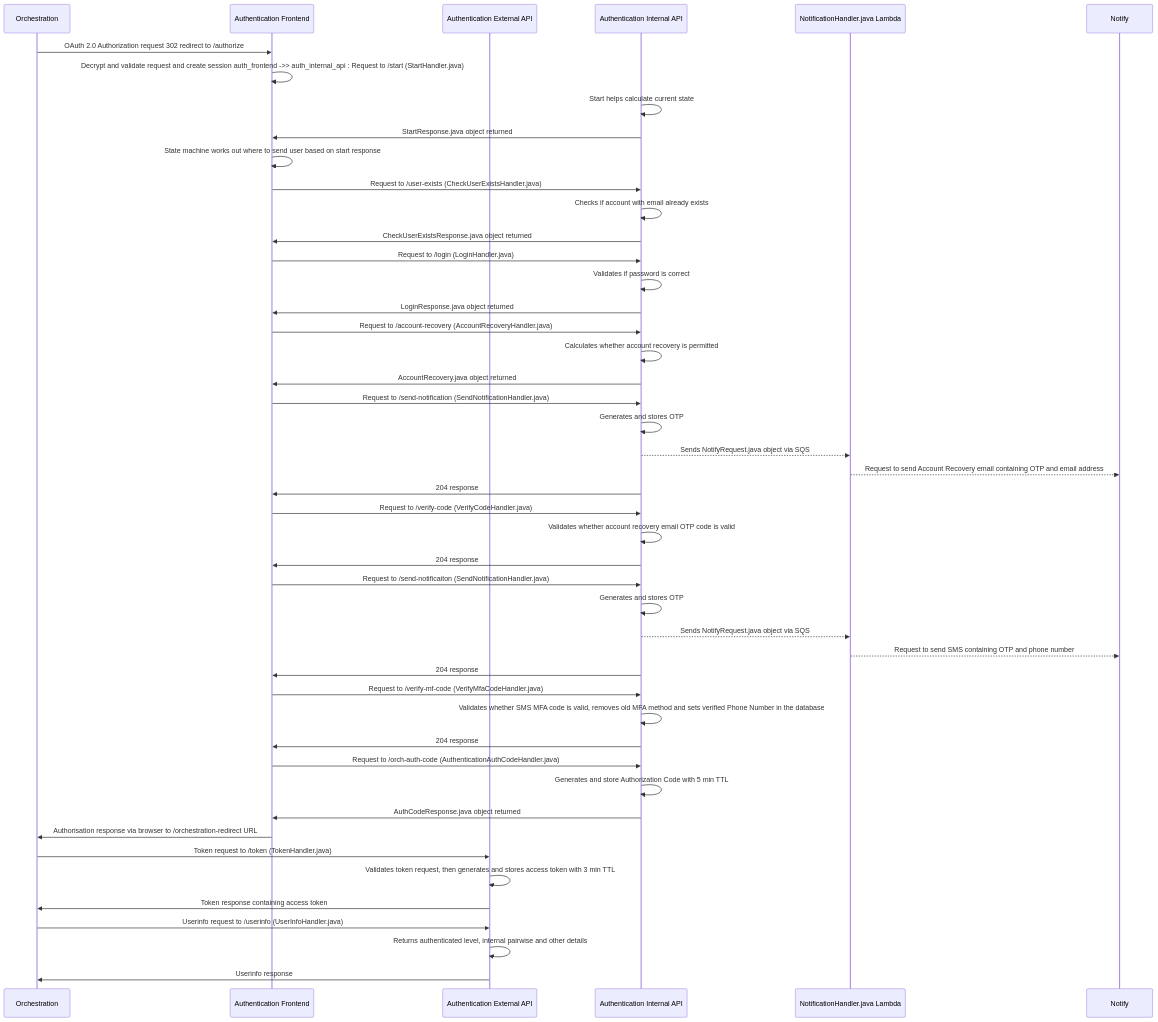
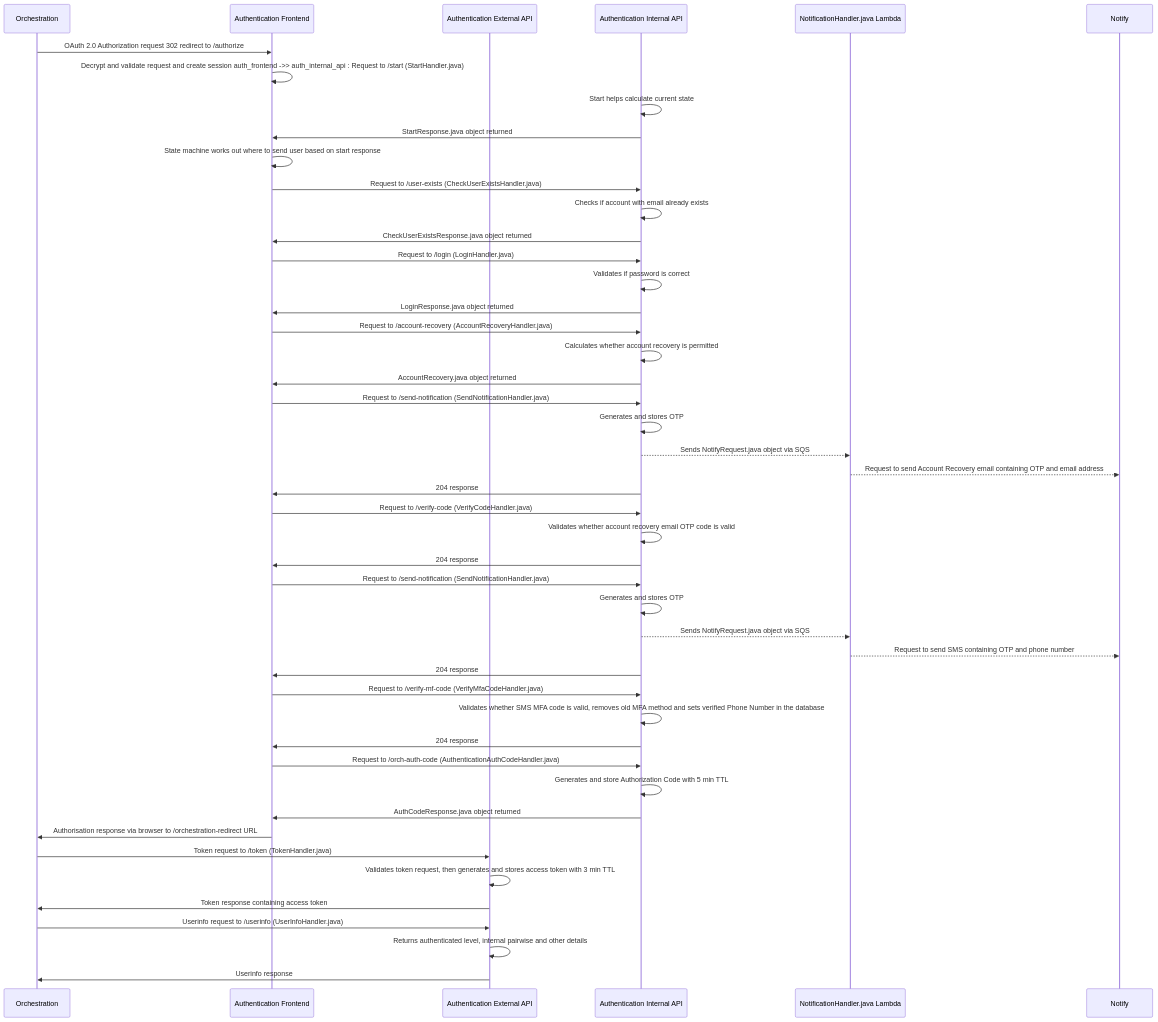
The diagram in docs/diagrams/authentication/login/login-account-recovery-sms.mmd (govuk-one-login/authentication-api), drawn with Mermaid before and after one commit. The commit also changed 1 other file, not shown here.

Commit message:
BAU: Fix /send-notificaiton typo in sequence diagrams

```diff
--- a/docs/diagrams/authentication/login/login-account-recovery-sms.mmd
+++ b/docs/diagrams/authentication/login/login-account-recovery-sms.mmd
@@ -1,47 +1,47 @@
 sequenceDiagram
     participant orch_api as Orchestration
     participant auth_frontend as Authentication Frontend
     participant auth_external_api as Authentication External API
     participant auth_internal_api as Authentication Internal API
     participant notification_queue as NotificationHandler.java Lambda   
     participant notify as Notify   
     orch_api ->> auth_frontend : OAuth 2.0 Authorization request 302 redirect to /authorize 
     auth_frontend ->> auth_frontend : Decrypt and validate request and create session    auth_frontend ->> auth_internal_api : Request to /start (StartHandler.java)
     auth_internal_api ->> auth_internal_api : Start helps calculate current state
     auth_internal_api ->> auth_frontend : StartResponse.java object returned
     auth_frontend ->> auth_frontend : State machine works out where to send user based on start response
     auth_frontend ->> auth_internal_api : Request to /user-exists (CheckUserExistsHandler.java)
     auth_internal_api ->> auth_internal_api : Checks if account with email already exists
     auth_internal_api ->> auth_frontend: CheckUserExistsResponse.java object returned
     auth_frontend ->> auth_internal_api : Request to /login (LoginHandler.java)
     auth_internal_api ->> auth_internal_api : Validates if password is correct
     auth_internal_api ->> auth_frontend: LoginResponse.java object returned
     auth_frontend ->> auth_internal_api : Request to /account-recovery (AccountRecoveryHandler.java)
     auth_internal_api ->> auth_internal_api : Calculates whether account recovery is permitted
     auth_internal_api ->> auth_frontend: AccountRecovery.java object returned
     auth_frontend ->> auth_internal_api : Request to /send-notification (SendNotificationHandler.java)
     auth_internal_api ->> auth_internal_api : Generates and stores OTP
     auth_internal_api -->> notification_queue : Sends NotifyRequest.java object via SQS
     notification_queue -->> notify : Request to send Account Recovery email containing OTP and email address
     auth_internal_api ->> auth_frontend : 204 response
     auth_frontend ->> auth_internal_api : Request to /verify-code (VerifyCodeHandler.java)
     auth_internal_api ->> auth_internal_api : Validates whether account recovery email OTP code is valid
     auth_internal_api ->> auth_frontend: 204 response
-    auth_frontend ->> auth_internal_api : Request to /send-notificaiton (SendNotificationHandler.java)
+    auth_frontend ->> auth_internal_api : Request to /send-notification (SendNotificationHandler.java)
     auth_internal_api ->> auth_internal_api : Generates and stores OTP
     auth_internal_api -->> notification_queue : Sends NotifyRequest.java object via SQS
     notification_queue -->> notify : Request to send SMS containing OTP and phone number
     auth_internal_api ->> auth_frontend : 204 response 
     auth_frontend ->> auth_internal_api : Request to /verify-mf-code (VerifyMfaCodeHandler.java)
     auth_internal_api ->> auth_internal_api : Validates whether SMS MFA code is valid, removes old MFA method and sets verified Phone Number in the database
     auth_internal_api ->> auth_frontend: 204 response
     auth_frontend ->> auth_internal_api : Request to /orch-auth-code (AuthenticationAuthCodeHandler.java)
     auth_internal_api ->> auth_internal_api : Generates and store Authorization Code with 5 min TTL
     auth_internal_api ->> auth_frontend: AuthCodeResponse.java object returned
     auth_frontend ->> orch_api : Authorisation response via browser to /orchestration-redirect URL
     orch_api ->> auth_external_api: Token request to /token (TokenHandler.java)
     auth_external_api ->> auth_external_api : Validates token request, then generates and stores access token with 3 min TTL
     auth_external_api ->> orch_api : Token response containing access token
     orch_api ->> auth_external_api: Userinfo request to /userinfo (UserInfoHandler.java)
     auth_external_api ->> auth_external_api: Returns authenticated level, internal pairwise and other details
     auth_external_api ->> orch_api : Userinfo response
```
